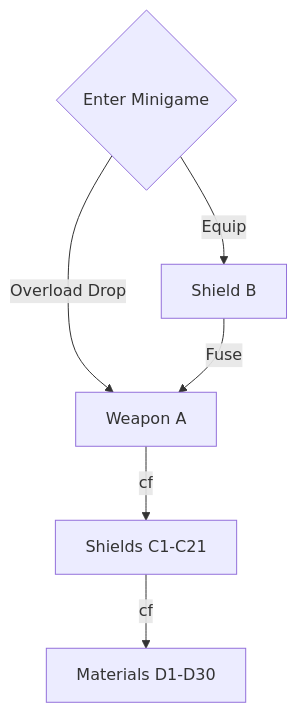
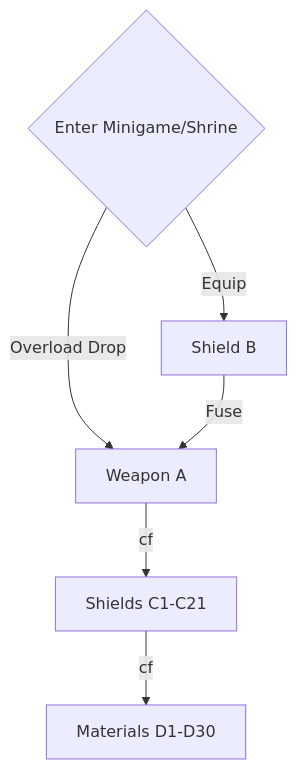
The sixth of 9 diagrams in docs/wiki/_wip/sfo-nesting-test.md (BKMzero/ultrabroken-documentation), drawn with Mermaid before and after one commit. The commit also changed other lines of this file, not shown here.

````diff
--- a/docs/wiki/_wip/sfo-nesting-test.md
+++ b/docs/wiki/_wip/sfo-nesting-test.md
@@ -442,8 +443,8 @@
             ```mermaid
             graph TD
-                A{Enter Minigame} -->|Equip| B[Shield B]
+                A{"Enter Minigame/Shrine"} -->|Equip| B[Shield B]
                 A -->|Overload Drop| C[Weapon A]
                 B -->|Fuse| C
                 C -->|cf| D[Shields C1-C21]
                 D -->|cf| E[Materials D1-D30]
             ```
````
